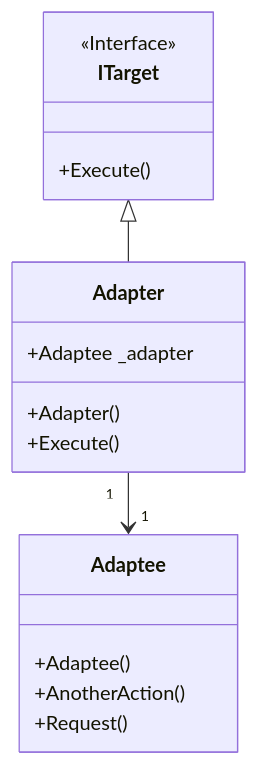
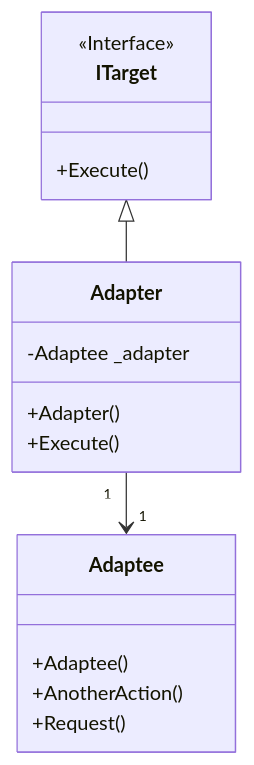
One commit to thunderstormwang/CodingNote changed the first of 2 diagrams in design_pattern/adapter.md. Above: the diagram before and after it, drawn with Mermaid. The commit also changed other lines of this file and 4 other files, not shown here.

````diff
--- a/design_pattern/adapter.md
+++ b/design_pattern/adapter.md
@@ -3,22 +10,22 @@
 ```mermaid
 classDiagram
 class ITarget {
     <<Interface>>
     +Execute()
 }
 
 class Adapter {
-    +Adaptee _adapter
+    -Adaptee _adapter
     +Adapter()
     +Execute()
 }
 
 class Adaptee {
     +Adaptee()
     +AnotherAction()
     +Request()
 }
 
 ITarget <|-- Adapter
 Adapter "1" --> "1" Adaptee
 ```
````
